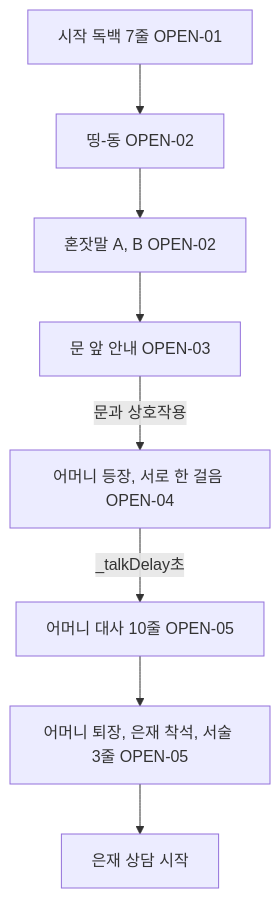
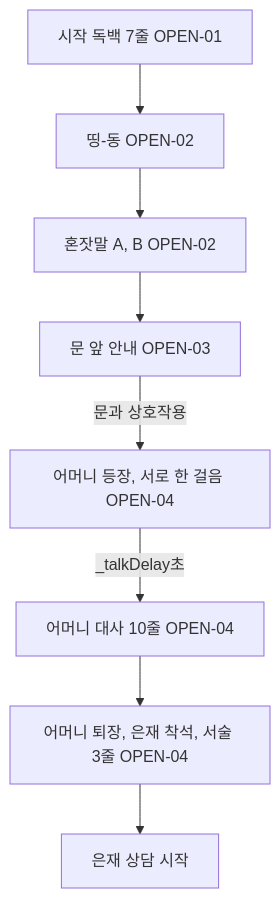
One commit to xpaklove12-lang/Corner1 changed the diagram in docs/specs/opening.md. Above: the diagram before and after it, drawn with Mermaid. The commit also changed other lines of this file and 48 other files, not shown here.

````diff
--- a/docs/specs/opening.md
+++ b/docs/specs/opening.md
@@ -9,10 +9,10 @@
 ```mermaid
 flowchart TD
     A[시작 독백 7줄 OPEN-01] --> B["띵-동 OPEN-02"]
     B --> C[혼잣말 A, B OPEN-02]
     C --> D["문 앞 안내 OPEN-03"]
     D -->|문과 상호작용| E[어머니 등장, 서로 한 걸음 OPEN-04]
-    E -->|_talkDelay초| F[어머니 대사 10줄 OPEN-05]
-    F --> G[어머니 퇴장, 은재 착석, 서술 3줄 OPEN-05]
+    E -->|_talkDelay초| F[어머니 대사 10줄 OPEN-04]
+    F --> G[어머니 퇴장, 은재 착석, 서술 3줄 OPEN-04]
     G --> H[은재 상담 시작]
 ```
````
